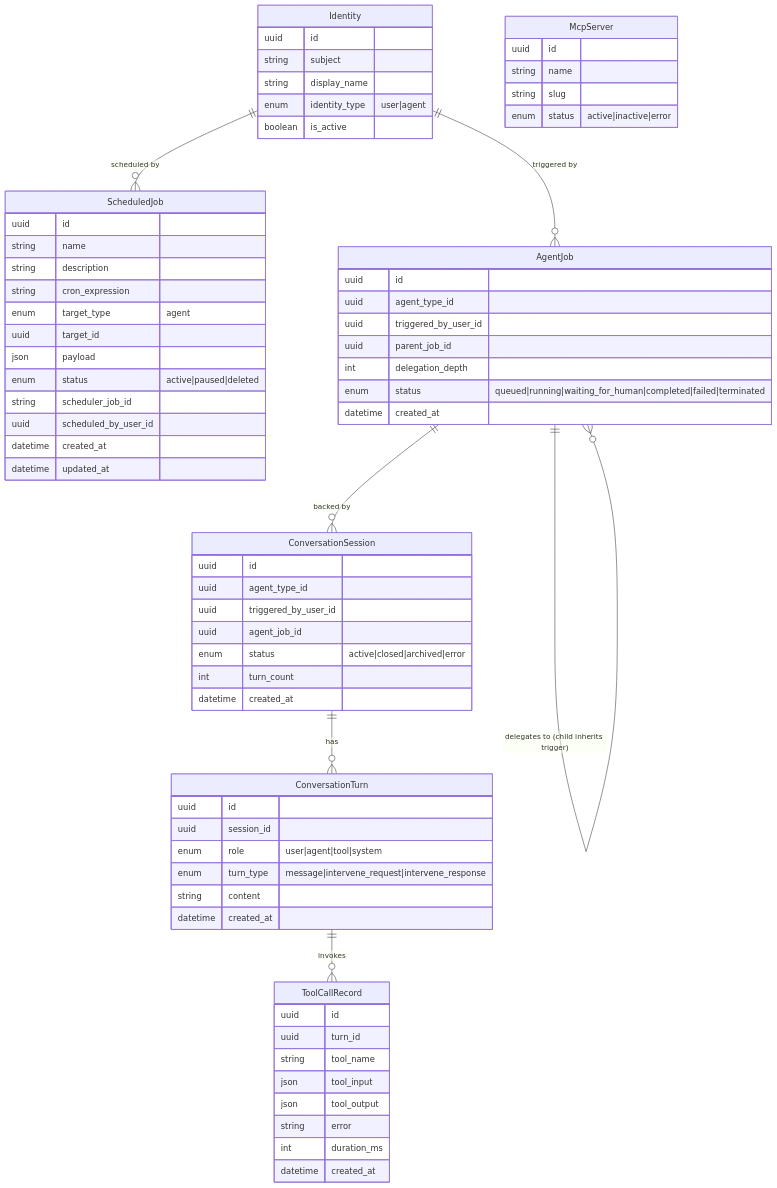
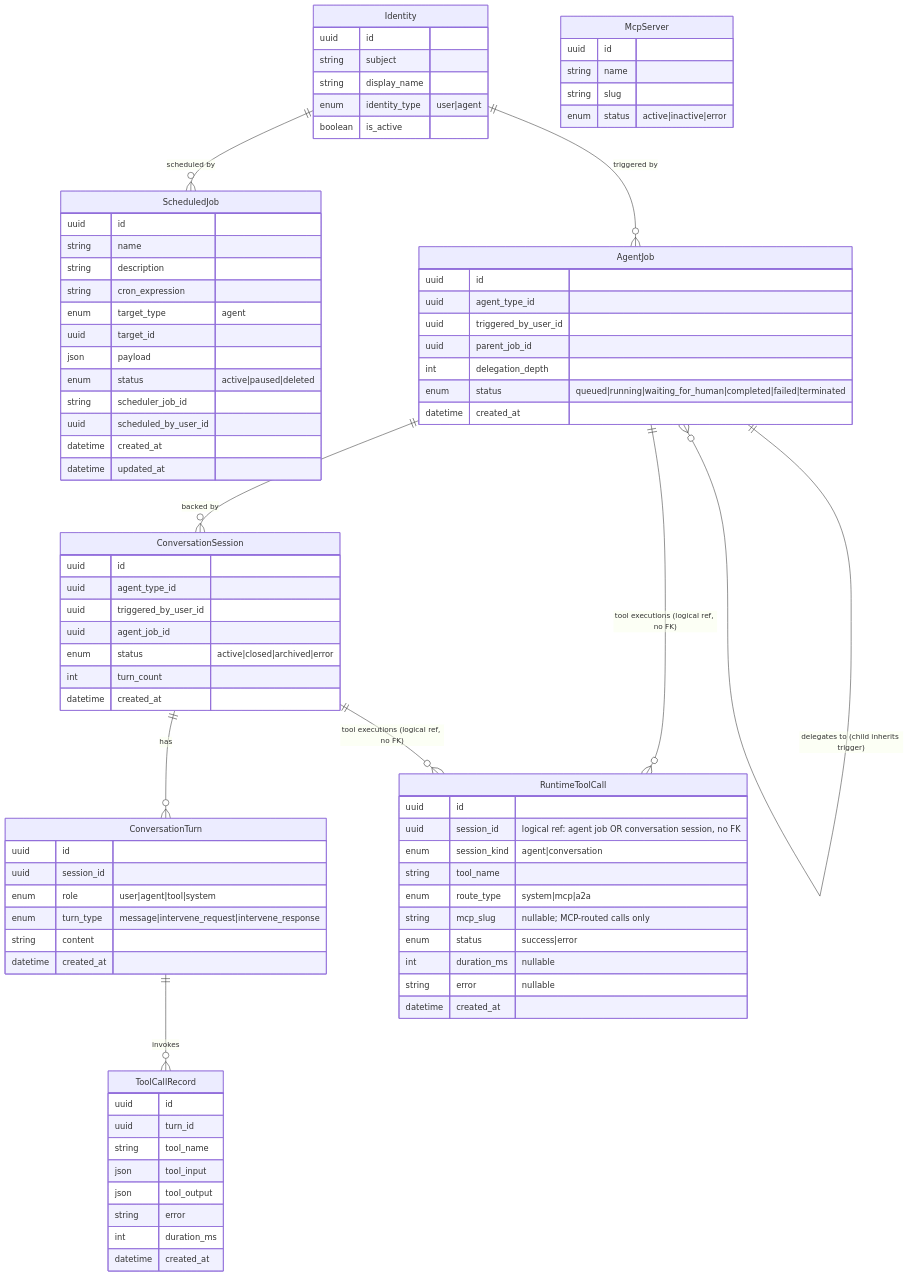
One commit to hurungang/parthenon changed the diagram in docs/changes/agent-runtime-monitor/data-model.md. Above: the diagram before and after it, drawn with Mermaid. The commit also changed other lines of this file and 36 other files, not shown here.

````diff
--- a/docs/changes/agent-runtime-monitor/data-model.md
+++ b/docs/changes/agent-runtime-monitor/data-model.md
@@ -109,6 +127,18 @@
         string slug
         enum status "active|inactive|error"
     }
+    RuntimeToolCall {
+        uuid id
+        uuid session_id "logical ref: agent job OR conversation session, no FK"
+        enum session_kind "agent|conversation"
+        string tool_name
+        enum route_type "system|mcp|a2a"
+        string mcp_slug "nullable; MCP-routed calls only"
+        enum status "success|error"
+        int duration_ms "nullable"
+        string error "nullable"
+        datetime created_at
+    }
 
     Identity ||--o{ ScheduledJob : "scheduled by"
     Identity ||--o{ AgentJob : "triggered by"
@@ -116,4 +146,6 @@
     AgentJob ||--o{ ConversationSession : "backed by"
     ConversationSession ||--o{ ConversationTurn : "has"
     ConversationTurn ||--o{ ToolCallRecord : "invokes"
+    AgentJob ||--o{ RuntimeToolCall : "tool executions (logical ref, no FK)"
+    ConversationSession ||--o{ RuntimeToolCall : "tool executions (logical ref, no FK)"
 ```
````
